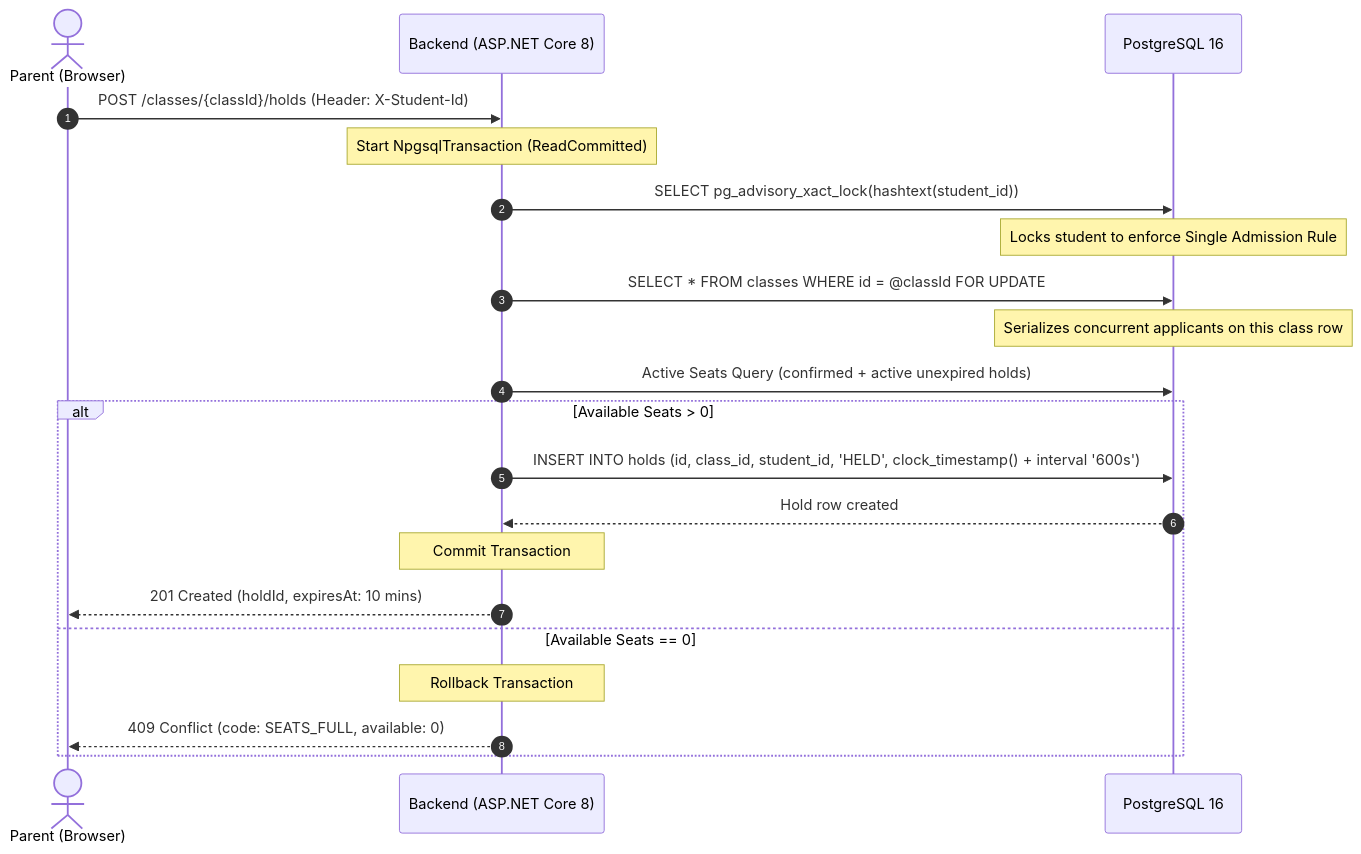
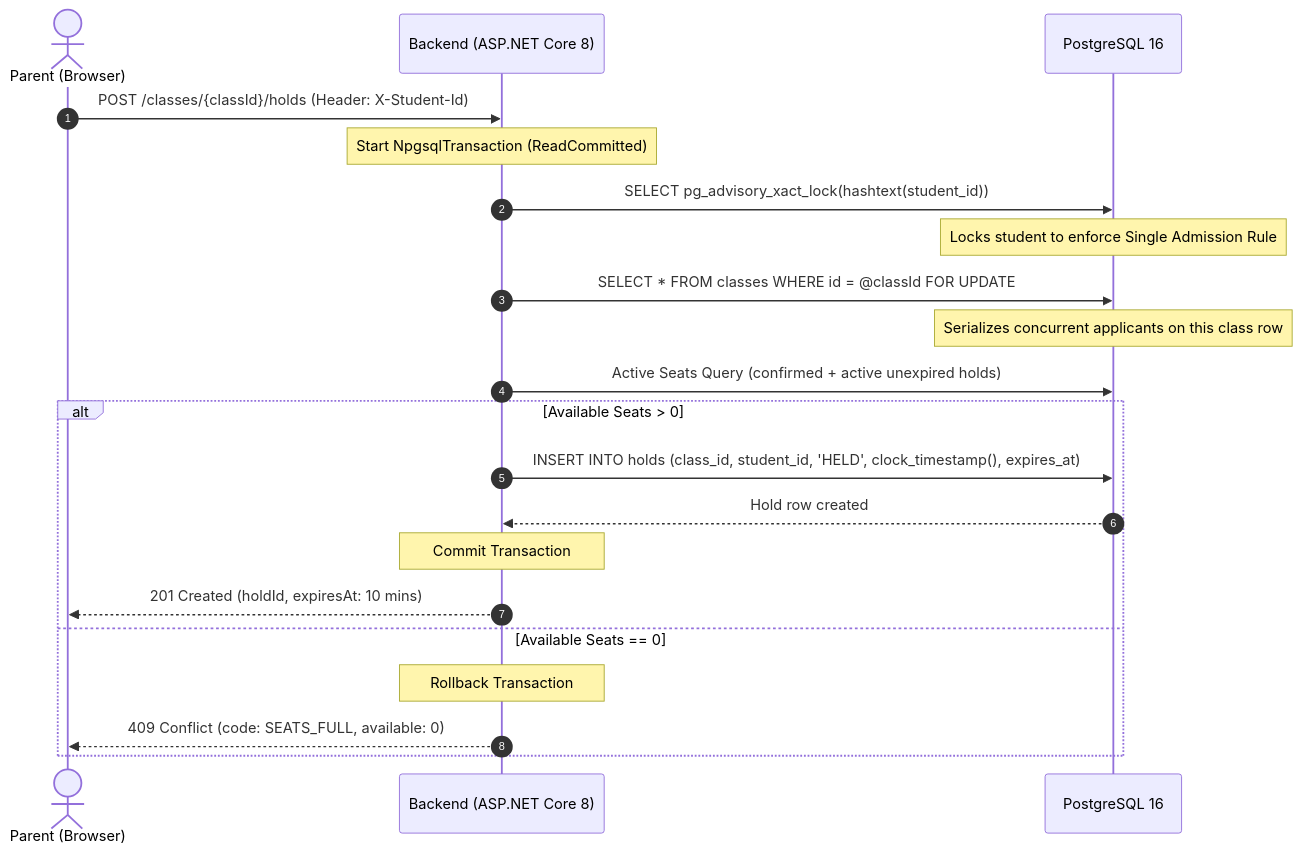
The fifth of 9 diagrams in ASSUMPTIONS.md (HeatsinkDip/school-admission-system), drawn with Mermaid before and after one commit. The commit also changed other lines of this file and 59 other files, not shown here.

Commit message:
docs: finalize README and ASSUMPTIONS architecture specs, untrack local tooling, and clean comments

````diff
--- a/ASSUMPTIONS.md
+++ b/ASSUMPTIONS.md
@@ -264,24 +273,24 @@
 ```mermaid
 sequenceDiagram
     autonumber
     actor Parent as Parent (Browser)
     participant API as Backend (ASP.NET Core 8)
     participant DB as PostgreSQL 16
     
     Parent->>API: POST /classes/{classId}/holds (Header: X-Student-Id)
     Note over API: Start NpgsqlTransaction (ReadCommitted)
     API->>DB: SELECT pg_advisory_xact_lock(hashtext(student_id))
     Note over DB: Locks student to enforce Single Admission Rule
     API->>DB: SELECT * FROM classes WHERE id = @classId FOR UPDATE
     Note over DB: Serializes concurrent applicants on this class row
     API->>DB: Active Seats Query (confirmed + active unexpired holds)
     alt Available Seats > 0
-        API->>DB: INSERT INTO holds (id, class_id, student_id, 'HELD', clock_timestamp() + interval '600s')
+        API->>DB: INSERT INTO holds (class_id, student_id, 'HELD', clock_timestamp(), expires_at)
         DB-->>API: Hold row created
         Note over API: Commit Transaction
         API-->>Parent: 201 Created (holdId, expiresAt: 10 mins)
     else Available Seats == 0
         Note over API: Rollback Transaction
         API-->>Parent: 409 Conflict (code: SEATS_FULL, available: 0)
     end
 ```
````
